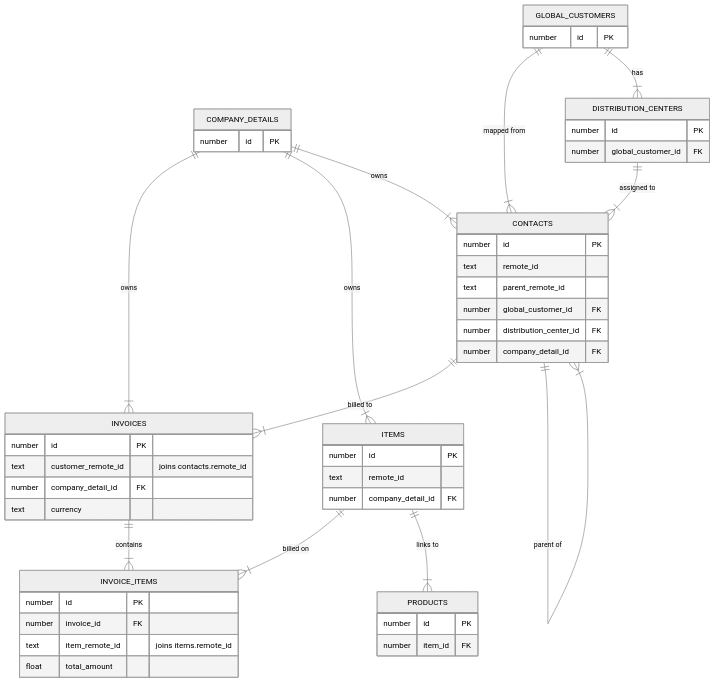
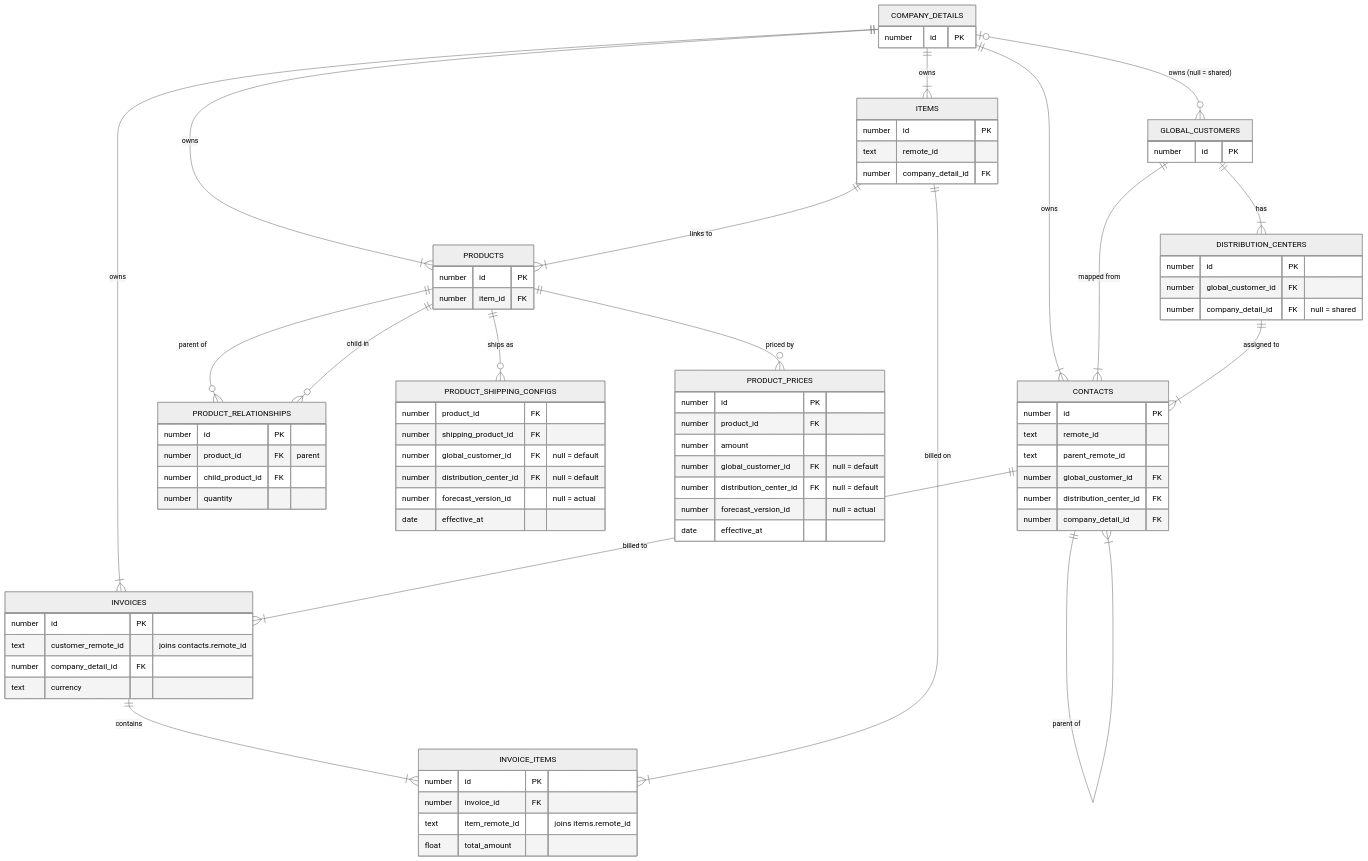
Before and after one commit to zbakker/confido-dbt: the diagram in README.md, drawn with Mermaid (neutral theme). The commit also changed other lines of this file and 19 other files, not shown here.

First line of the commit message:
Add product hierarchy quantities and invoice amount checks

```diff
--- a/README.md
+++ b/README.md
@@ -44,12 +67,18 @@
     COMPANY_DETAILS ||--|{ INVOICES : "owns"
     COMPANY_DETAILS ||--|{ ITEMS : "owns"
     COMPANY_DETAILS ||--|{ CONTACTS : "owns"
+    COMPANY_DETAILS ||--|{ PRODUCTS : "owns"
+    COMPANY_DETAILS |o--o{ GLOBAL_CUSTOMERS : "owns (null = shared)"
 
     INVOICES ||--|{ INVOICE_ITEMS : "contains"
     ITEMS ||--|{ INVOICE_ITEMS : "billed on"
     CONTACTS ||--|{ INVOICES : "billed to"
 
     ITEMS ||--|{ PRODUCTS : "links to"
+    PRODUCTS ||--o{ PRODUCT_RELATIONSHIPS : "parent of"
+    PRODUCTS ||--o{ PRODUCT_RELATIONSHIPS : "child in"
+    PRODUCTS ||--o{ PRODUCT_SHIPPING_CONFIGS : "ships as"
+    PRODUCTS ||--o{ PRODUCT_PRICES : "priced by"
     CONTACTS ||--|{ CONTACTS : "parent of"
     GLOBAL_CUSTOMERS ||--|{ CONTACTS : "mapped from"
     GLOBAL_CUSTOMERS ||--|{ DISTRIBUTION_CENTERS : "has"
@@ -76,6 +105,29 @@
         number id PK
         number item_id FK
     }
+    PRODUCT_RELATIONSHIPS {
+        number id PK
+        number product_id FK "parent"
+        number child_product_id FK
+        number quantity
+    }
+    PRODUCT_SHIPPING_CONFIGS {
+        number product_id FK
+        number shipping_product_id FK
+        number global_customer_id FK "null = default"
+        number distribution_center_id FK "null = default"
+        number forecast_version_id "null = actual"
+        date effective_at
+    }
+    PRODUCT_PRICES {
+        number id PK
+        number product_id FK
+        number amount
+        number global_customer_id FK "null = default"
+        number distribution_center_id FK "null = default"
+        number forecast_version_id "null = actual"
+        date effective_at
+    }
     CONTACTS {
         number id PK
         text remote_id
@@ -90,6 +142,7 @@
     DISTRIBUTION_CENTERS {
         number id PK
         number global_customer_id FK
+        number company_detail_id FK "null = shared"
     }
     COMPANY_DETAILS {
         number id PK
```
